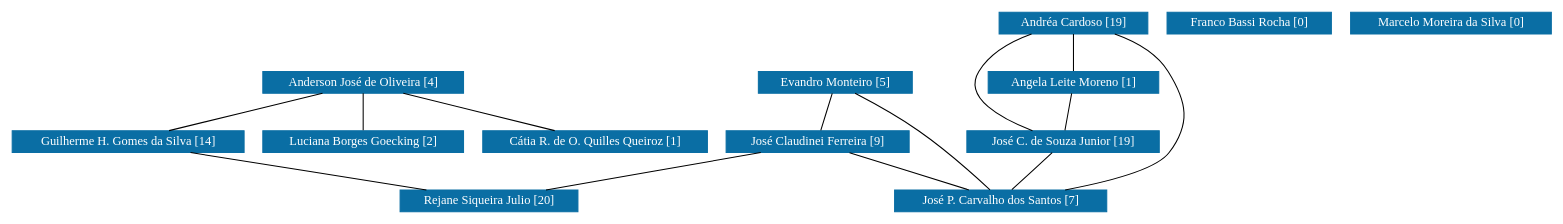
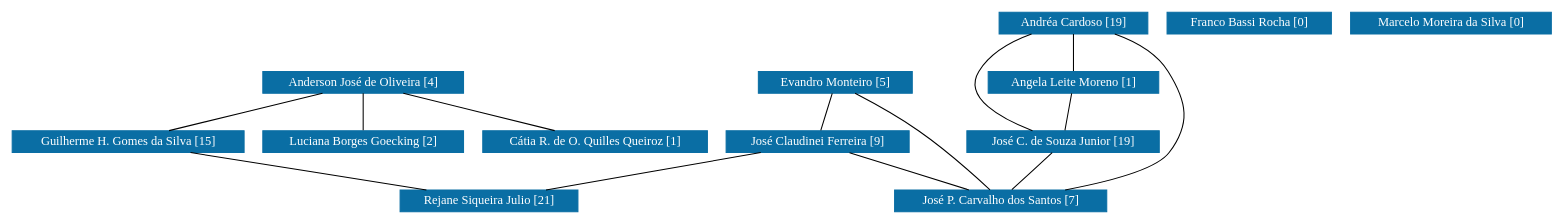
One commit to icamps/unifal-lattes.github.io changed the diagram in dm/grafoDeColaboracoesSemPesos.dot. Above: the diagram before and after it, drawn with Graphviz. The commit also changed 967 other files, not shown here.

```diff
--- a/dm/grafoDeColaboracoesSemPesos.dot
+++ b/dm/grafoDeColaboracoesSemPesos.dot
@@ -1,115 +1,115 @@
 strict graph grafo1 {
 	graph [bb="0,0,1235.5,192",
 		id=grafo1,
 		overlap=False
 	];
 	node [fontsize=12,
 		label="\N",
 		shape=rectangle,
 		style=filled
 	];
 	0	 [URL="membro-1349156075777095.html",
 		color="#0A6EA4",
 		fontcolor="#FFFFFF",
 		height=0.29167,
 		label="Anderson José de Oliveira [4]",
 		pos="280.5,124.5",
 		width=2.1944];
 	3	 [URL="membro-0061488493893247.html",
 		color="#0A6EA4",
 		fontcolor="#FFFFFF",
 		height=0.29167,
 		label="Cátia R. de O. Quilles Queiroz [1]",
 		pos="467.5,67.5",
 		width=2.4861];
 	0 -- 3	 [pos="315.24,113.91 348.82,103.67 399.43,88.25 432.95,78.031"];
 	6	 [URL="membro-5817829882396943.html",
 		color="#0A6EA4",
 		fontcolor="#FFFFFF",
 		height=0.29167,
-		label="Guilherme H. Gomes da Silva [14]",
+		label="Guilherme H. Gomes da Silva [15]",
 		pos="91.5,67.5",
 		width=2.5417];
 	0 -- 6	 [pos="245.39,113.91 211.45,103.67 160.3,88.25 126.42,78.031"];
 	10	 [URL="membro-4139948635593421.html",
 		color="#0A6EA4",
 		fontcolor="#FFFFFF",
 		height=0.29167,
 		label="Luciana Borges Goecking [2]",
 		pos="280.5,67.5",
 		width=2.1944];
 	0 -- 10	 [pos="280.5,113.78 280.5,103.59 280.5,88.348 280.5,78.173"];
 	12	 [URL="membro-1798884495942862.html",
 		color="#0A6EA4",
 		fontcolor="#FFFFFF",
 		height=0.29167,
-		label="Rejane Siqueira Julio [20]",
+		label="Rejane Siqueira Julio [21]",
 		pos="385.5,10.5",
 		width=1.9306];
 	6 -- 12	 [pos="145.77,56.979 198.53,46.75 278.23,31.297 331.05,21.056"];
 	1	 [URL="membro-6016565950437007.html",
 		color="#0A6EA4",
 		fontcolor="#FFFFFF",
 		height=0.29167,
 		label="Andréa Cardoso [19]",
 		pos="858.5,181.5",
 		width=1.625];
 	2	 [URL="membro-5106302431642025.html",
 		color="#0A6EA4",
 		fontcolor="#FFFFFF",
 		height=0.29167,
 		label="Angela Leite Moreno [1]",
 		pos="858.5,124.5",
 		width=1.875];
 	1 -- 2	 [pos="858.5,170.78 858.5,160.59 858.5,145.35 858.5,135.17"];
 	7	 [URL="membro-1690570104837528.html",
 		color="#0A6EA4",
 		fontcolor="#FFFFFF",
 		height=0.29167,
 		label="José C. de Souza Junior [19]",
 		pos="850.5,67.5",
 		width=2.1111];
 	1 -- 7	 [pos="826.98,170.86 810.59,163.53 792.03,152 782.5,135 769.16,111.2 800.82,90.194 825.3,78.167"];
 	9	 [URL="membro-9393213180145144.html",
 		color="#0A6EA4",
 		fontcolor="#FFFFFF",
 		height=0.29167,
 		label="José P. Carvalho dos Santos [7]",
 		pos="798.5,10.5",
 		width=2.3056];
 	1 -- 9	 [pos="890.42,170.96 907.03,163.67 925.83,152.14 935.5,135 952.54,104.81 955.69,85.178 935.5,57 925,42.351 883.23,29.514 848.54,21.061"];
 	2 -- 7	 [pos="857,113.78 855.56,103.59 853.43,88.348 852,78.173"];
 	7 -- 9	 [pos="840.72,56.779 831.42,46.588 817.52,31.348 808.24,21.173"];
 	4	 [URL="membro-3089568911577519.html",
 		color="#0A6EA4",
 		fontcolor="#FFFFFF",
 		height=0.29167,
 		label="Evandro Monteiro [5]",
 		pos="660.5,124.5",
 		width=1.6667];
 	4 -- 9	 [pos="677.26,113.9 691.13,104.89 711.14,91.322 727.5,78 750.45,59.313 775,34.845 788.38,21.088"];
 	8	 [URL="membro-6808752952332925.html",
 		color="#0A6EA4",
 		fontcolor="#FFFFFF",
 		height=0.29167,
 		label="José Claudinei Ferreira [9]",
 		pos="646.5,67.5",
 		width=1.9861];
 	4 -- 8	 [pos="657.87,113.78 655.36,103.59 651.62,88.348 649.12,78.173"];
 	8 -- 12	 [pos="598.32,56.979 551.48,46.75 480.73,31.297 433.84,21.056"];
 	8 -- 9	 [pos="674.73,56.912 702.04,46.674 743.17,31.25 770.42,21.031"];
 	5	 [URL="membro-0165435409542220.html",
 		color="#0A6EA4",
 		fontcolor="#FFFFFF",
 		height=0.29167,
 		label="Franco Bassi Rocha [0]",
 		pos="999.5,181.5",
 		width=1.7778];
 	11	 [URL="membro-6715092420026095.html",
 		color="#0A6EA4",
 		fontcolor="#FFFFFF",
 		height=0.29167,
 		label="Marcelo Moreira da Silva [0]",
 		pos="1158.5,181.5",
 		width=2.1389];
 }
```
